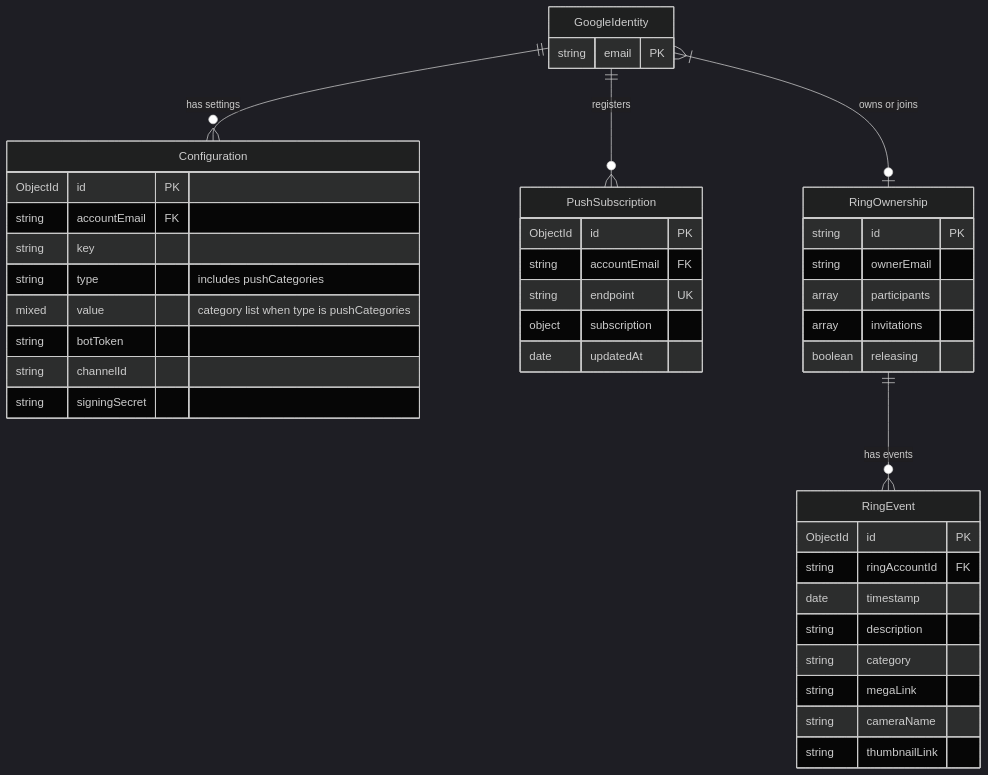
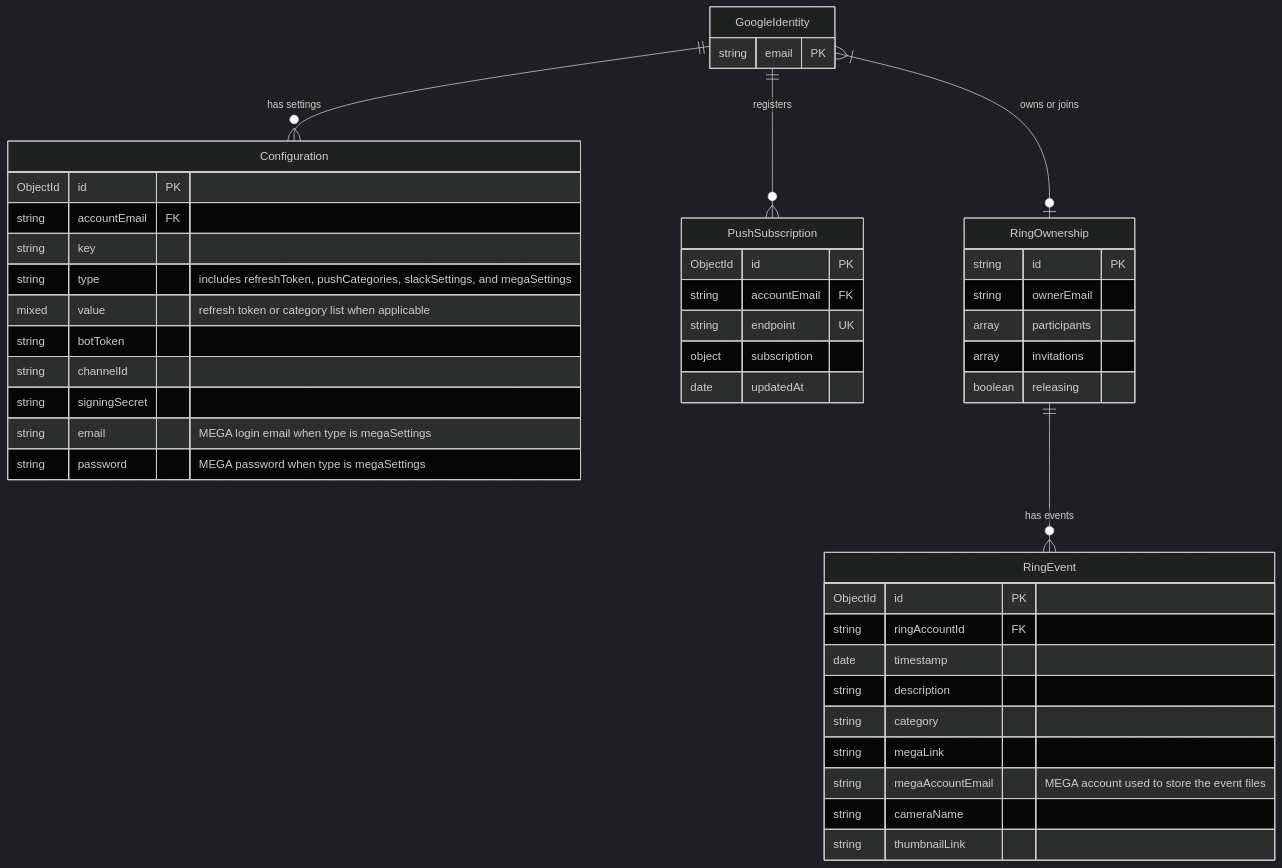
One commit to dvoaviarison/ring-doorbell-notifier changed the diagram in README.md. Above: the diagram before and after it, drawn with Mermaid (dark theme). The commit also changed other lines of this file and 16 other files, not shown here.

````diff
--- a/README.md
+++ b/README.md
@@ -16,44 +16,47 @@
 ```mermaid
 erDiagram
     GoogleIdentity ||--o{ Configuration : "has settings"
     GoogleIdentity ||--o{ PushSubscription : "registers"
     GoogleIdentity |{--o| RingOwnership : "owns or joins"
     RingOwnership ||--o{ RingEvent : "has events"
     GoogleIdentity {
         string email PK
     }
     Configuration {
         ObjectId id PK
         string accountEmail FK
         string key
-        string type "includes pushCategories"
-        mixed value "category list when type is pushCategories"
+        string type "includes refreshToken, pushCategories, slackSettings, and megaSettings"
+        mixed value "refresh token or category list when applicable"
         string botToken
         string channelId
         string signingSecret
+        string email "MEGA login email when type is megaSettings"
+        string password "MEGA password when type is megaSettings"
     }
     RingOwnership {
         string id PK
         string ownerEmail
         array participants
         array invitations
         boolean releasing
     }
     RingEvent {
         ObjectId id PK
         string ringAccountId FK
         date timestamp
         string description
         string category
         string megaLink
+        string megaAccountEmail "MEGA account used to store the event files"
         string cameraName
         string thumbnailLink
     }
     PushSubscription {
         ObjectId id PK
         string accountEmail FK
         string endpoint UK
         object subscription
         date updatedAt
     }
 ```
````
